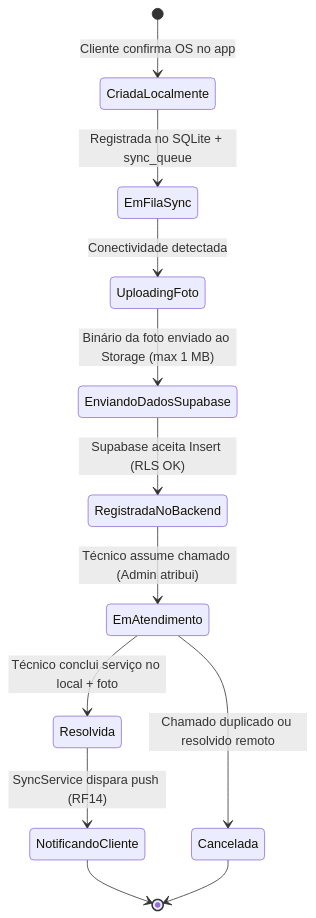
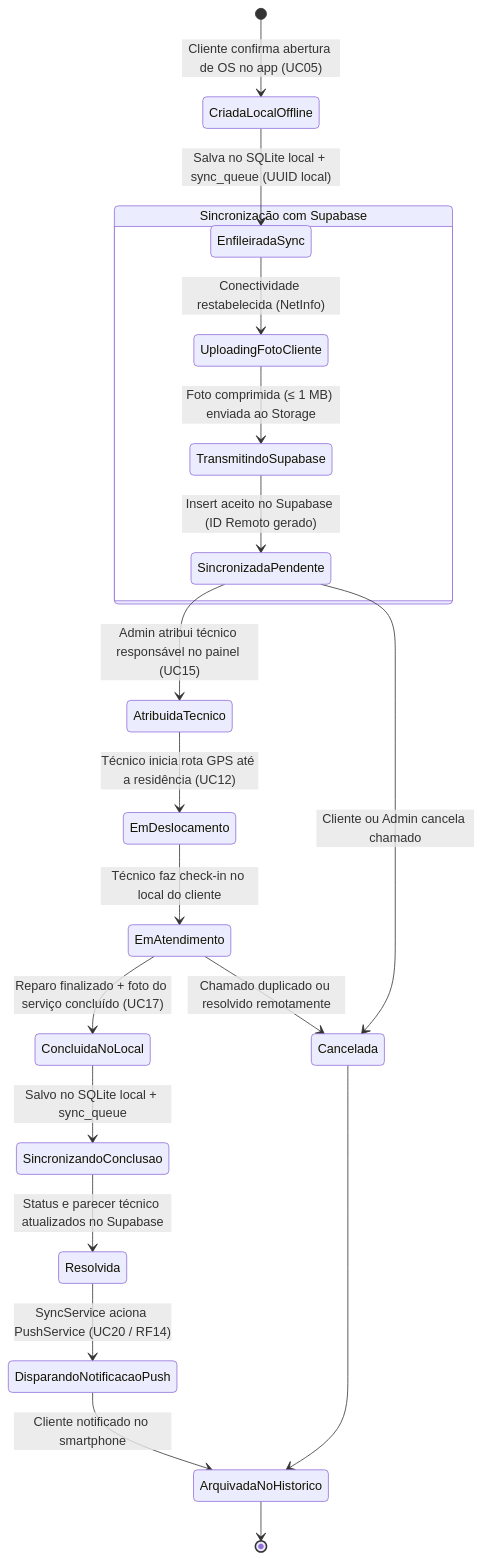
One commit to jmarques029/APPCJNET changed the sixth of 13 diagrams in docs/proposta-design-software-cjnet.md. Above: the diagram before and after it, drawn with Mermaid. The commit also changed other lines of this file, not shown here.

Commit message:
docs: adicionar secao 3.5 diagrama de objetos UML e expandir secao 4.1 com 4 diagramas de estado completos (OS, sync_queue, Auth/RBAC, pre_cadastro)

````diff
--- a/docs/proposta-design-software-cjnet.md
+++ b/docs/proposta-design-software-cjnet.md
@@ -582,14 +730,28 @@
 ```mermaid
 stateDiagram-v2
-    [*] --> CriadaLocalmente : Cliente confirma OS no app
-    CriadaLocalmente --> EmFilaSync : Registrada no SQLite + sync_queue
-    EmFilaSync --> UploadingFoto : Conectividade detectada
-    UploadingFoto --> EnviandoDadosSupabase : Binário da foto enviado ao Storage (max 1 MB)
-    EnviandoDadosSupabase --> RegistradaNoBackend : Supabase aceita Insert (RLS OK)
-    RegistradaNoBackend --> EmAtendimento : Técnico assume chamado (Admin atribui)
-    EmAtendimento --> Resolvida : Técnico conclui serviço no local + foto
-    EmAtendimento --> Cancelada : Chamado duplicado ou resolvido remoto
-    Resolvida --> NotificandoCliente : SyncService dispara push (RF14)
-    NotificandoCliente --> [*]
-    Cancelada --> [*]
+    [*] --> CriadaLocalOffline : Cliente confirma abertura de OS no app (UC05)
+    CriadaLocalOffline --> EnfileiradaSync : Salva no SQLite local + sync_queue (UUID local)
+    
+    state "Sincronização com Supabase" as SyncNuvem {
+        EnfileiradaSync --> UploadingFotoCliente : Conectividade restabelecida (NetInfo)
+        UploadingFotoCliente --> TransmitindoSupabase : Foto comprimida (≤ 1 MB) enviada ao Storage
+        TransmitindoSupabase --> SincronizadaPendente : Insert aceito no Supabase (ID Remoto gerado)
+    }
+
+    SincronizadaPendente --> AtribuidaTecnico : Admin atribui técnico responsável no painel (UC15)
+    AtribuidaTecnico --> EmDeslocamento : Técnico inicia rota GPS até a residência (UC12)
+    EmDeslocamento --> EmAtendimento : Técnico faz check-in no local do cliente
+    
+    EmAtendimento --> ConcluidaNoLocal : Reparo finalizado + foto do serviço concluído (UC17)
+    ConcluidaNoLocal --> SincronizandoConclusao : Salvo no SQLite local + sync_queue
+    SincronizandoConclusao --> Resolvida : Status e parecer técnico atualizados no Supabase
+    
+    EmAtendimento --> Cancelada : Chamado duplicado ou resolvido remotamente
+    SincronizadaPendente --> Cancelada : Cliente ou Admin cancela chamado
+    
+    Resolvida --> DisparandoNotificacaoPush : SyncService aciona PushService (UC20 / RF14)
+    DisparandoNotificacaoPush --> ArquivadaNoHistorico : Cliente notificado no smartphone
+    Cancelada --> ArquivadaNoHistorico
+    
+    ArquivadaNoHistorico --> [*]
 ```
````
